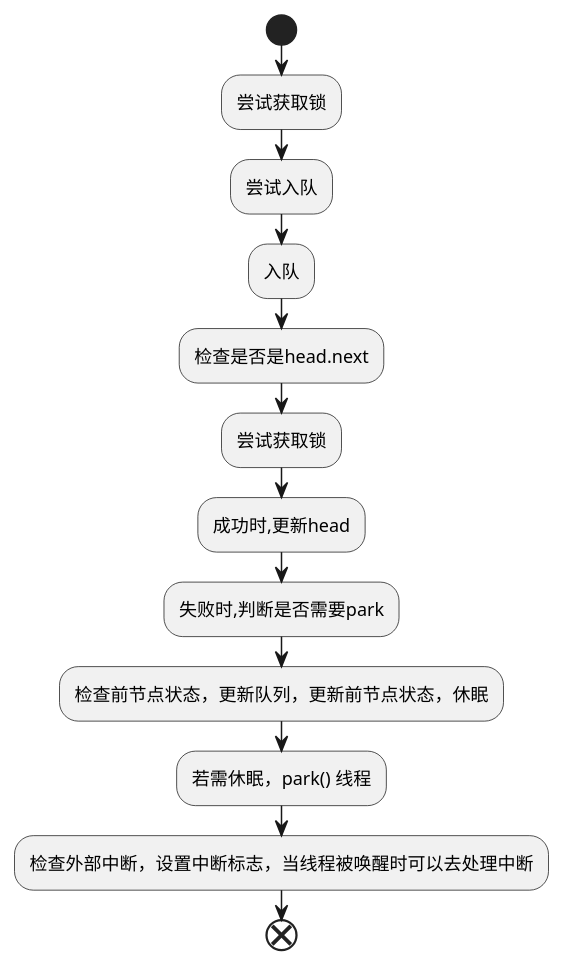
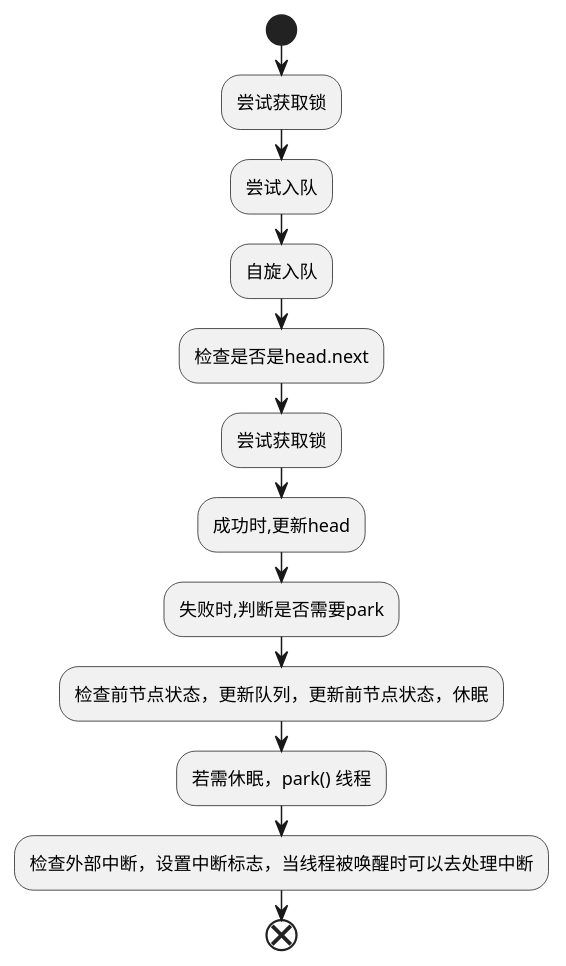
One commit to Feng-Zhao/MyNotebook changed the second of 2 diagrams in OnJava8/JavaConcurrent/AQS.md. Above: the diagram before and after it, drawn with PlantUML. The commit also changed 6 other files, not shown here.

````diff
--- a/OnJava8/JavaConcurrent/AQS.md
+++ b/OnJava8/JavaConcurrent/AQS.md
@@ -170,14 +170,14 @@
 ```puml
 start
     :尝试获取锁;
     :尝试入队;
-    :入队;
+    :自旋入队;
     :检查是否是head.next;
     :尝试获取锁;
     :成功时,更新head;
     :失败时,判断是否需要park;
     :检查前节点状态，更新队列，更新前节点状态，休眠;
     :若需休眠，park() 线程;
     :检查外部中断，设置中断标志，当线程被唤醒时可以去处理中断;
 end
 ```
````
